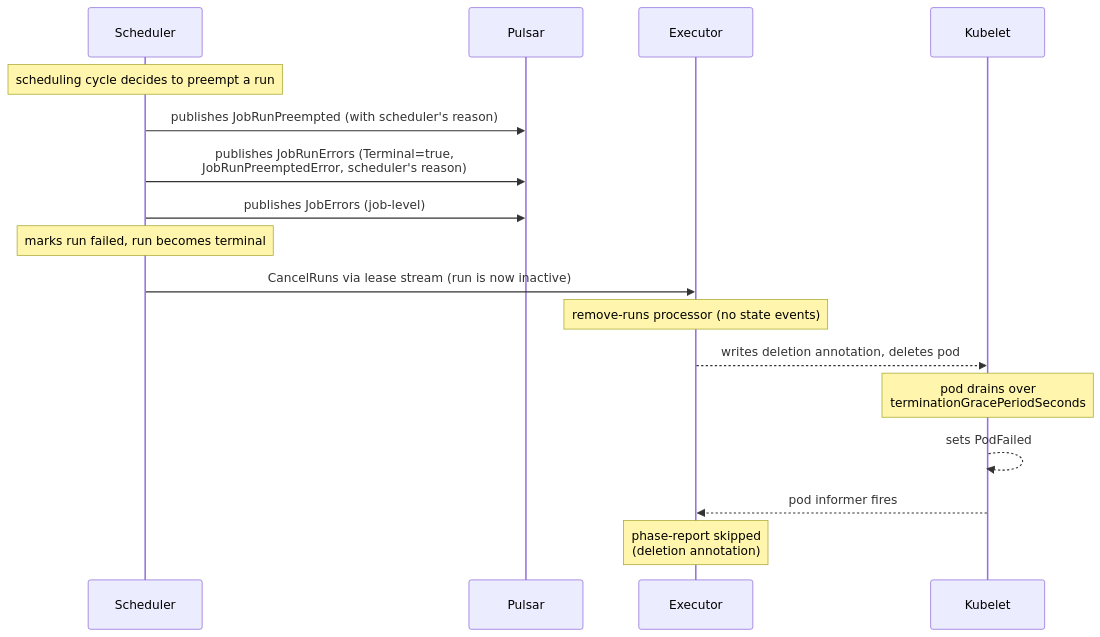
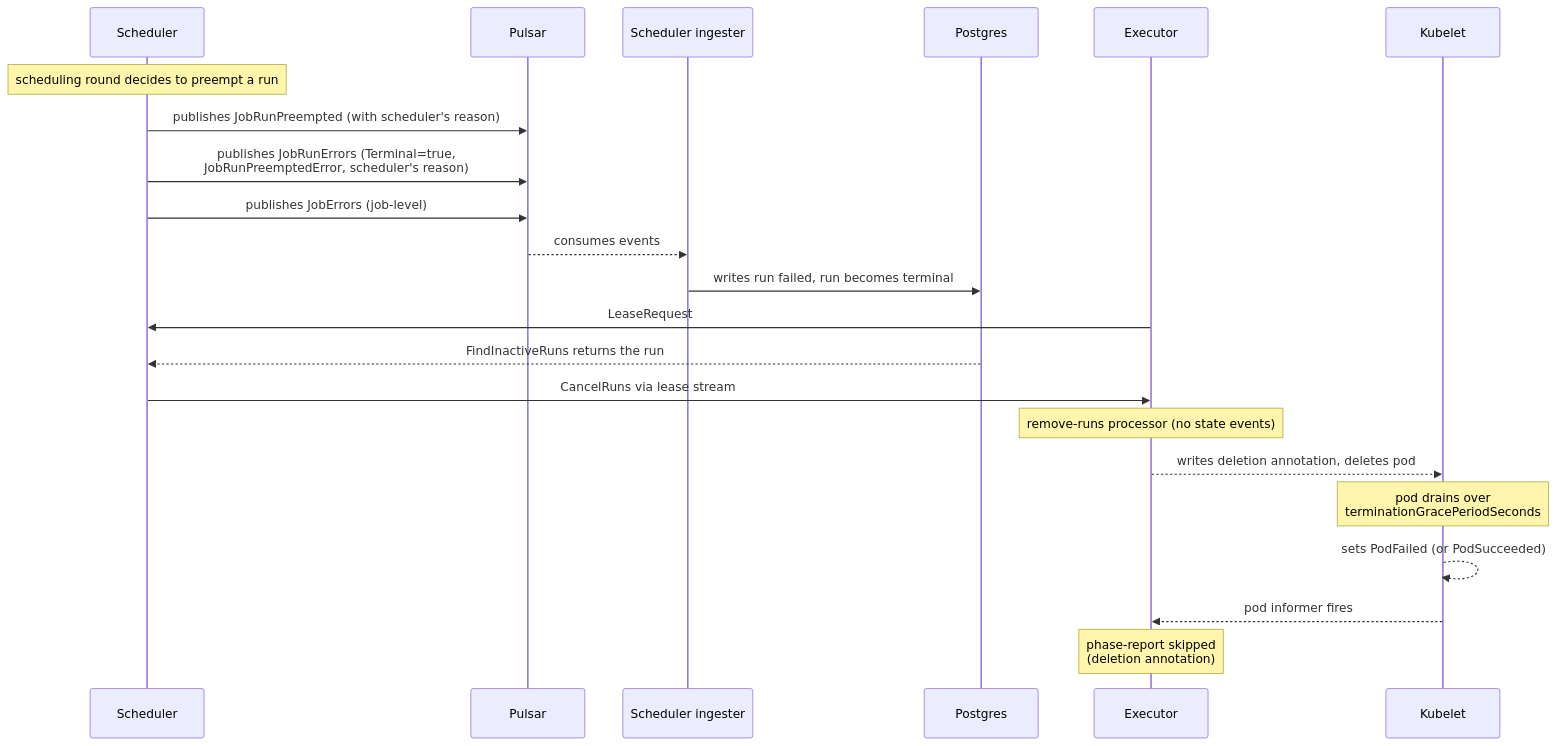
The ninth of 12 diagrams in docs/developer/job-lifecycle-events.md (armadaproject/armada), drawn with Mermaid before and after one commit. The commit also changed other lines of this file, not shown here.

Commit message:
Correct and complete the job lifecycle events doc

````diff
--- a/docs/developer/job-lifecycle-events.md
+++ b/docs/developer/job-lifecycle-events.md
@@ -370,19 +469,24 @@
 ```mermaid
 sequenceDiagram
     participant Sc as Scheduler
     participant P as Pulsar
+    participant SI as Scheduler ingester
+    participant Pg as Postgres
     participant E as Executor
     participant K as Kubelet
-    Note over Sc: scheduling cycle decides to preempt a run
+    Note over Sc: scheduling round decides to preempt a run
     Sc->>P: publishes JobRunPreempted (with scheduler's reason)
     Sc->>P: publishes JobRunErrors (Terminal=true,<br/>JobRunPreemptedError, scheduler's reason)
     Sc->>P: publishes JobErrors (job-level)
-    Note over Sc: marks run failed, run becomes terminal
-    Sc->>E: CancelRuns via lease stream (run is now inactive)
+    P-->>SI: consumes events
+    SI->>Pg: writes run failed, run becomes terminal
+    E->>Sc: LeaseRequest
+    Pg-->>Sc: FindInactiveRuns returns the run
+    Sc->>E: CancelRuns via lease stream
     Note over E: remove-runs processor (no state events)
     E-->>K: writes deletion annotation, deletes pod
     Note over K: pod drains over<br/>terminationGracePeriodSeconds
-    K-->>K: sets PodFailed
+    K-->>K: sets PodFailed (or PodSucceeded)
     K-->>E: pod informer fires
     Note over E: phase-report skipped<br/>(deletion annotation)
 ```
````
